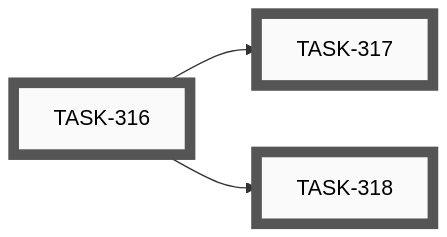
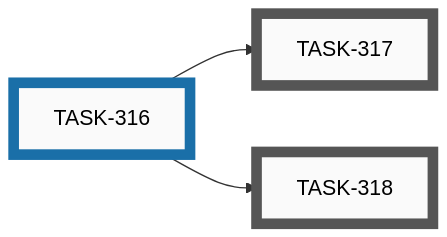
The sixth of 7 diagrams in docs/developers/tasks/EPICS.md (tgd1975/AwesomeStudioPedal), drawn with Mermaid before and after one commit. The commit also changed other lines of this file and 6 other files, not shown here.

````diff
--- a/docs/developers/tasks/EPICS.md
+++ b/docs/developers/tasks/EPICS.md
@@ -210,19 +210,19 @@
 ```mermaid
 graph LR
-    TASK_316["TASK-316"]:::open
     TASK_317["TASK-317"]:::open
     TASK_318["TASK-318"]:::open
+    TASK_316["TASK-316"]:::active
     TASK_316 --> TASK_317
     TASK_316 --> TASK_318
-    click TASK_316 "open/task-316-epic-branch-frontmatter-field.md"
     click TASK_317 "open/task-317-ts-epic-new-autofill-branch.md"
     click TASK_318 "open/task-318-ts-task-active-branch-nag.md"
+    click TASK_316 "active/task-316-epic-branch-frontmatter-field.md"
     classDef open    fill:#FAFAFA,stroke:#555,stroke-width:8px,color:#000
     classDef active  fill:#FAFAFA,stroke:#1A6FA8,stroke-width:8px,color:#000
     classDef closed  fill:#FAFAFA,stroke:#3F8B53,stroke-width:8px,color:#000
     classDef paused  fill:#FAFAFA,stroke:#B07810,stroke-width:8px,color:#000
     classDef openExt    fill:#000,stroke:#888,stroke-width:8px,color:#FFF
     classDef activeExt  fill:#000,stroke:#3FA9F5,stroke-width:8px,color:#FFF
     classDef closedExt  fill:#000,stroke:#7CC68A,stroke-width:8px,color:#FFF
     classDef pausedExt  fill:#000,stroke:#F0B030,stroke-width:8px,color:#FFF
 ```
````
